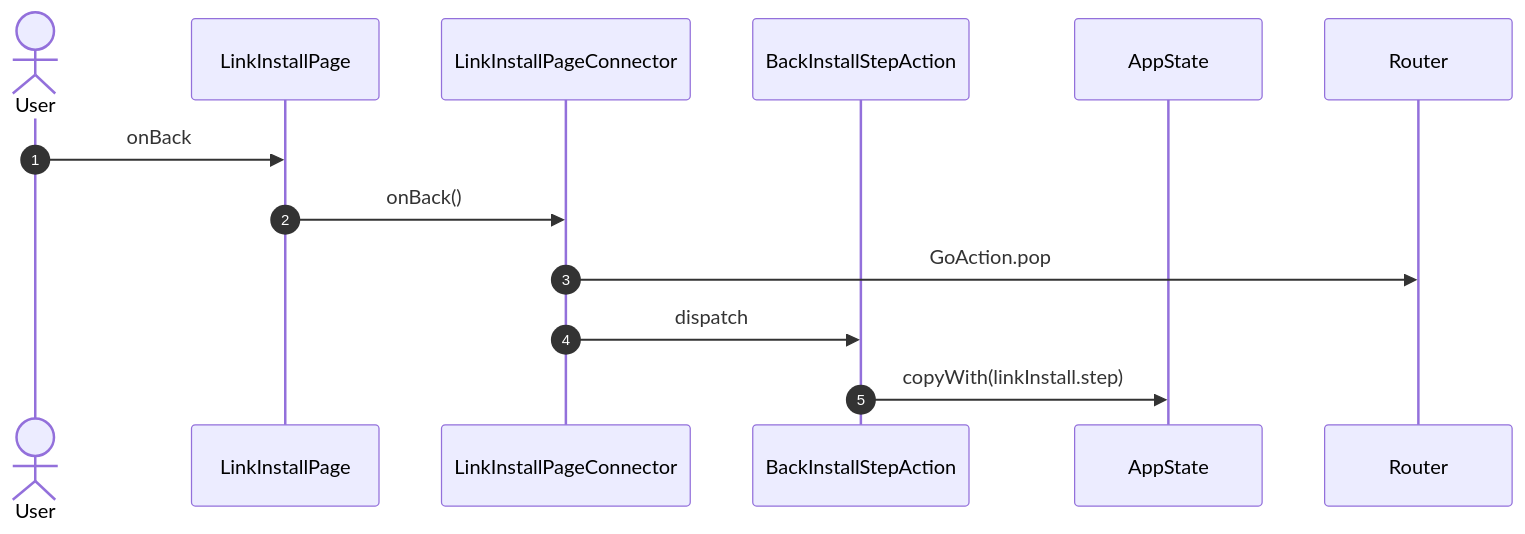
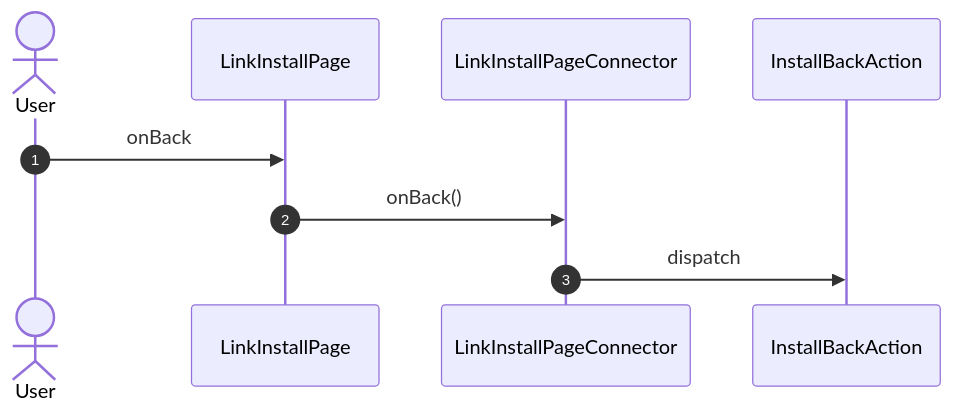
Diagram 16 of 17 in studio/docs/flows/linkInstall.md (gencto/wyrm), drawn with Mermaid before and after one commit. The commit also changed other lines of this file and 1 other file, not shown here.

First line of the commit message:
studio: link install: the flow docs follow the new actions

````diff
--- a/studio/docs/flows/linkInstall.md
+++ b/studio/docs/flows/linkInstall.md
@@ -260,16 +256,12 @@
 ```mermaid
 sequenceDiagram
     autonumber
     actor User
     participant UI as LinkInstallPage
     participant VM as LinkInstallPageConnector
-    participant A1 as BackInstallStepAction
-    participant ST as AppState
-    participant NAV as Router
+    participant A1 as InstallBackAction
 
     User->>UI: onBack
     UI->>VM: onBack()
-    VM->>NAV: GoAction.pop
     VM->>A1: dispatch
-    A1->>ST: copyWith(linkInstall.step)
 ```
````
